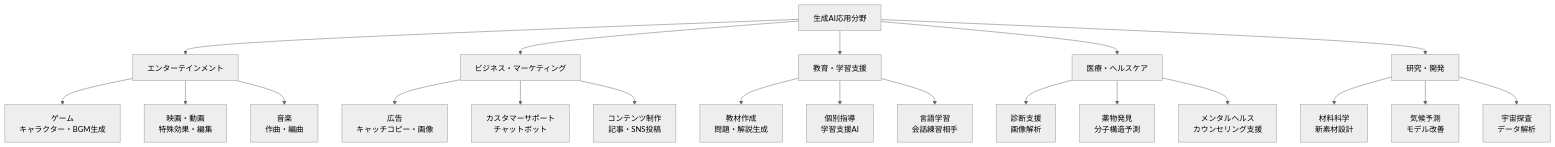
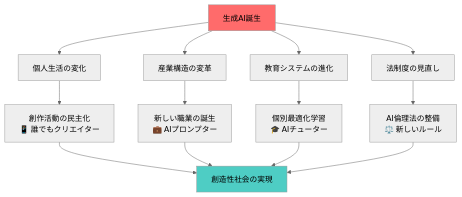
One commit to SparklingDetergent/doc_genai_mental_model changed diagram 11 of 11 in GenerativeAI/README.MD. Above: the diagram before and after it, drawn with Mermaid (neutral theme). The commit also changed other lines of this file, not shown here.

````diff
--- a/GenerativeAI/README.MD
+++ b/GenerativeAI/README.MD
@@ -323,32 +386,20 @@
 ```mermaid
 graph TB
-    A[生成AI応用分野] --> B[エンターテインメント]
-    A --> C[ビジネス・マーケティング]
-    A --> D[教育・学習支援]
-    A --> E[医療・ヘルスケア]
-    A --> F[研究・開発]
+    A[生成AI誕生] --> B[個人生活の変化]
+    A --> C[産業構造の変革]
+    A --> D[教育システムの進化]
+    A --> E[法制度の見直し]
     
-    B --> B1[ゲーム<br/>キャラクター・BGM生成]
-    B --> B2[映画・動画<br/>特殊効果・編集]
-    B --> B3[音楽<br/>作曲・編曲]
+    B --> B1[創作活動の民主化<br/>📱 誰でもクリエイター]
+    C --> C1[新しい職業の誕生<br/>💼 AIプロンプター]
+    D --> D1[個別最適化学習<br/>🎓 AIチューター]
+    E --> E1[AI倫理法の整備<br/>⚖️ 新しいルール]
     
-    C --> C1[広告<br/>キャッチコピー・画像]
-    C --> C2[カスタマーサポート<br/>チャットボット]
-    C --> C3[コンテンツ制作<br/>記事・SNS投稿]
+    B1 --> F[創造性社会の実現]
+    C1 --> F
+    D1 --> F
+    E1 --> F
     
-    D --> D1[教材作成<br/>問題・解説生成]
-    D --> D2[個別指導<br/>学習支援AI]
-    D --> D3[言語学習<br/>会話練習相手]
-    
-    E --> E1[診断支援<br/>画像解析]
-    E --> E2[薬物発見<br/>分子構造予測]
-    E --> E3[メンタルヘルス<br/>カウンセリング支援]
-    
-    F --> F1[材料科学<br/>新素材設計]
-    F --> F2[気候予測<br/>モデル改善]
-    F --> F3[宇宙探査<br/>データ解析]
-    
-    click B1 "/docs/gaming-ai.md" "ゲーム分野での活用"
-    click C1 "/docs/marketing-ai.md" "マーケティング活用"
-    click D1 "/docs/education-ai.md" "教育分野での活用"
+    style A fill:#ff6b6b
+    style F fill:#4ecdc4
 ```
````
